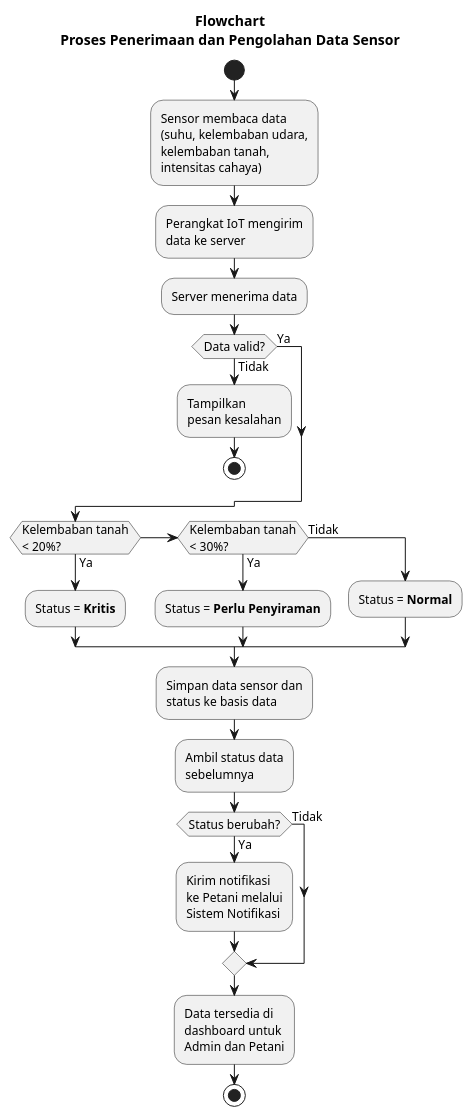
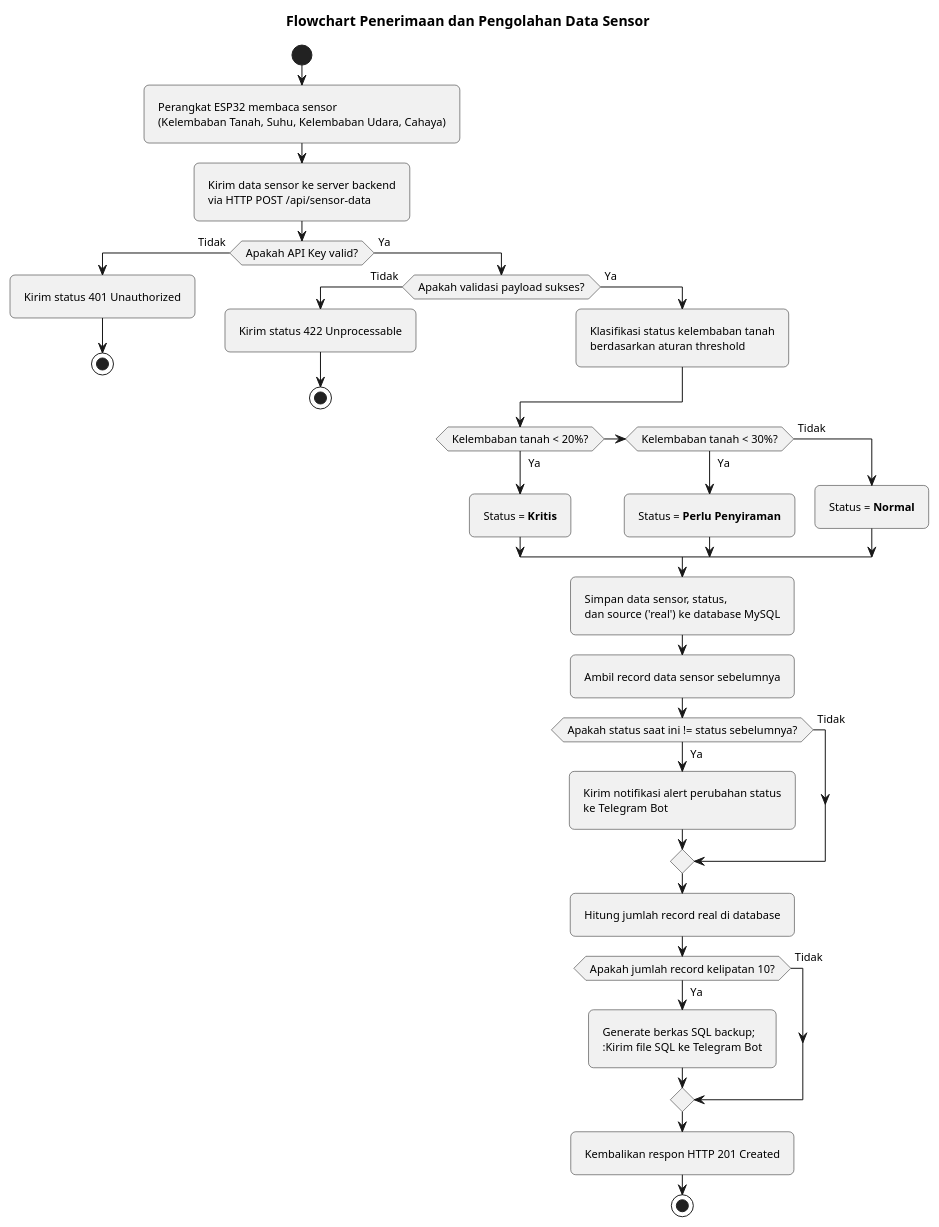
The diagram in docs/diagrams/7_flowchart.puml (maa040424/jambu-monitoring), drawn with PlantUML before and after one commit. The commit also changed 51 other files, not shown here.

```diff
--- a/docs/diagrams/7_flowchart.puml
+++ b/docs/diagrams/7_flowchart.puml
@@ -1,45 +1,57 @@
 @startuml Flowchart
-skinparam monochrome true
+
+skinparam backgroundColor white
+skinparam defaultFontName "Segoe UI"
+skinparam defaultFontSize 11
 skinparam shadowing false
-skinparam backgroundColor white
-skinparam defaultFontName Arial
-skinparam defaultFontSize 12
+skinparam roundCorner 10
+skinparam padding 4
+skinparam conditionStyle inside
 
-title Flowchart\nProses Penerimaan dan Pengolahan Data Sensor
+title **Flowchart Penerimaan dan Pengolahan Data Sensor**
 
 start
 
-:Sensor membaca data\n(suhu, kelembaban udara,\nkelembaban tanah,\nintensitas cahaya);
+:Perangkat ESP32 membaca sensor\n(Kelembaban Tanah, Suhu, Kelembaban Udara, Cahaya);
+:Kirim data sensor ke server backend\nvia HTTP POST /api/sensor-data;
 
-:Perangkat IoT mengirim\ndata ke server;
-
-:Server menerima data;
-
-if (Data valid?) then (Ya)
-else (Tidak)
-    :Tampilkan\npesan kesalahan;
+if (Apakah API Key valid?) then (Tidak)
+    :Kirim status 401 Unauthorized;
     stop
+else (Ya)
+    if (Apakah validasi payload sukses?) then (Tidak)
+        :Kirim status 422 Unprocessable;
+        stop
+    else (Ya)
+        :Klasifikasi status kelembaban tanah\nberdasarkan aturan threshold;
+        
+        if (Kelembaban tanah < 20%?) then (Ya)
+            :Status = **Kritis**;
+        elseif (Kelembaban tanah < 30%?) then (Ya)
+            :Status = **Perlu Penyiraman**;
+        else (Tidak)
+            :Status = **Normal**;
+        endif
+        
+        :Simpan data sensor, status,\ndan source ('real') ke database MySQL;
+        
+        :Ambil record data sensor sebelumnya;
+        
+        if (Apakah status saat ini != status sebelumnya?) then (Ya)
+            :Kirim notifikasi alert perubahan status\nke Telegram Bot;
+        else (Tidak)
+        endif
+        
+        :Hitung jumlah record real di database;
+        
+        if (Apakah jumlah record kelipatan 10?) then (Ya)
+            :Generate berkas SQL backup;\n:Kirim file SQL ke Telegram Bot;
+        else (Tidak)
+        endif
+        
+        :Kembalikan respon HTTP 201 Created;
+        stop
+    endif
 endif
 
-if (Kelembaban tanah\n< 20%?) then (Ya)
-    :Status = **Kritis**;
-elseif (Kelembaban tanah\n< 30%?) then (Ya)
-    :Status = **Perlu Penyiraman**;
-else (Tidak)
-    :Status = **Normal**;
-endif
-
-:Simpan data sensor dan\nstatus ke basis data;
-
-:Ambil status data\nsebelumnya;
-
-if (Status berubah?) then (Ya)
-    :Kirim notifikasi\nke Petani melalui\nSistem Notifikasi;
-else (Tidak)
-endif
-
-:Data tersedia di\ndashboard untuk\nAdmin dan Petani;
-
-stop
-
 @enduml
```
